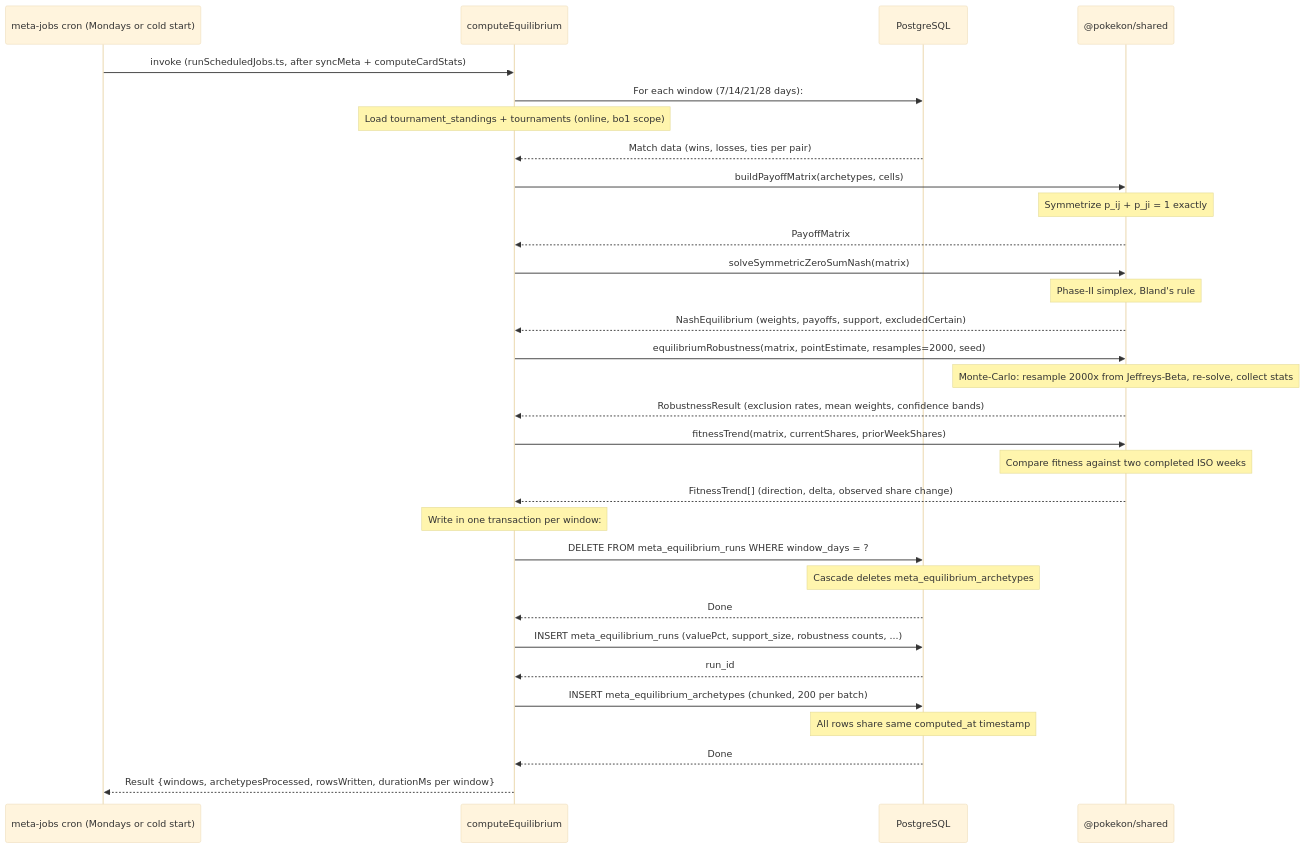
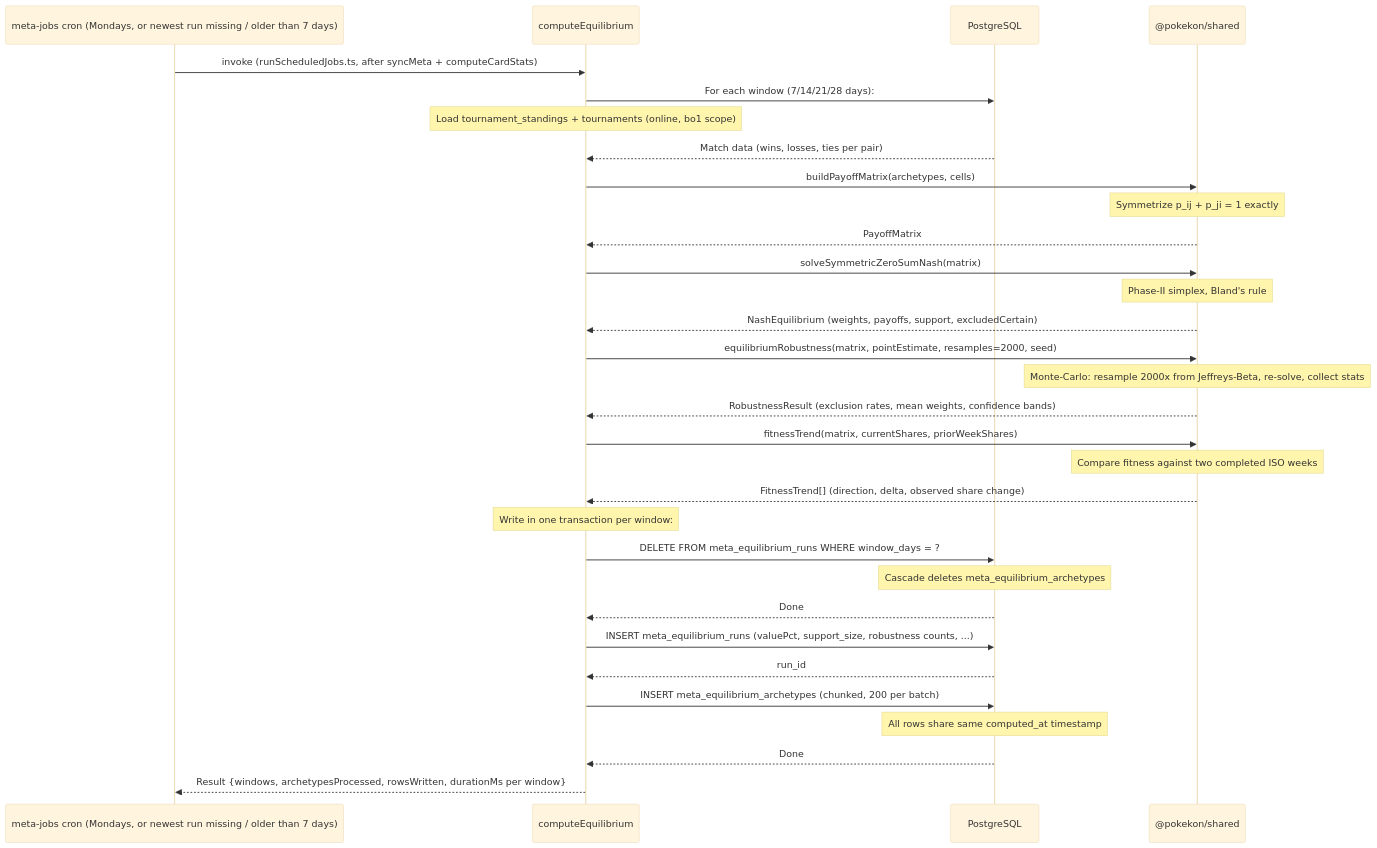
One commit to konradthiemann/Pokekon changed diagram 15 of 16 in docs/data-flow.md. Above: the diagram before and after it, drawn with Mermaid (base theme). The commit also changed 6 other files, not shown here.

First line of the commit message:
fix(api): catch up a missed equilibrium run and document the cron setup

````diff
--- a/docs/data-flow.md
+++ b/docs/data-flow.md
@@ -570,40 +570,40 @@
 ```mermaid
 sequenceDiagram
-    participant Cron as meta-jobs cron (Mondays or cold start)
+    participant Cron as meta-jobs cron (Mondays, or newest run missing / older than 7 days)
     participant Job as computeEquilibrium
     participant DB as PostgreSQL
     participant SharedLib as @pokekon/shared
 
     Cron->>Job: invoke (runScheduledJobs.ts, after syncMeta + computeCardStats)
     Job->>DB: For each window (7/14/21/28 days):
     Note over Job: Load tournament_standings + tournaments (online, bo1 scope)
     DB-->>Job: Match data (wins, losses, ties per pair)
     
     Job->>SharedLib: buildPayoffMatrix(archetypes, cells)
     Note over SharedLib: Symmetrize p_ij + p_ji = 1 exactly
     SharedLib-->>Job: PayoffMatrix
     
     Job->>SharedLib: solveSymmetricZeroSumNash(matrix)
     Note over SharedLib: Phase-II simplex, Bland's rule
     SharedLib-->>Job: NashEquilibrium (weights, payoffs, support, excludedCertain)
     
     Job->>SharedLib: equilibriumRobustness(matrix, pointEstimate, resamples=2000, seed)
     Note over SharedLib: Monte-Carlo: resample 2000x from Jeffreys-Beta, re-solve, collect stats
     SharedLib-->>Job: RobustnessResult (exclusion rates, mean weights, confidence bands)
     
     Job->>SharedLib: fitnessTrend(matrix, currentShares, priorWeekShares)
     Note over SharedLib: Compare fitness against two completed ISO weeks
     SharedLib-->>Job: FitnessTrend[] (direction, delta, observed share change)
     
     Note over Job: Write in one transaction per window:
     Job->>DB: DELETE FROM meta_equilibrium_runs WHERE window_days = ?
     Note over DB: Cascade deletes meta_equilibrium_archetypes
     DB-->>Job: Done
     Job->>DB: INSERT meta_equilibrium_runs (valuePct, support_size, robustness counts, ...)
     DB-->>Job: run_id
     Job->>DB: INSERT meta_equilibrium_archetypes (chunked, 200 per batch)
     Note over DB: All rows share same computed_at timestamp
     DB-->>Job: Done
     
     Job-->>Cron: Result {windows, archetypesProcessed, rowsWritten, durationMs per window}
 ```
````
